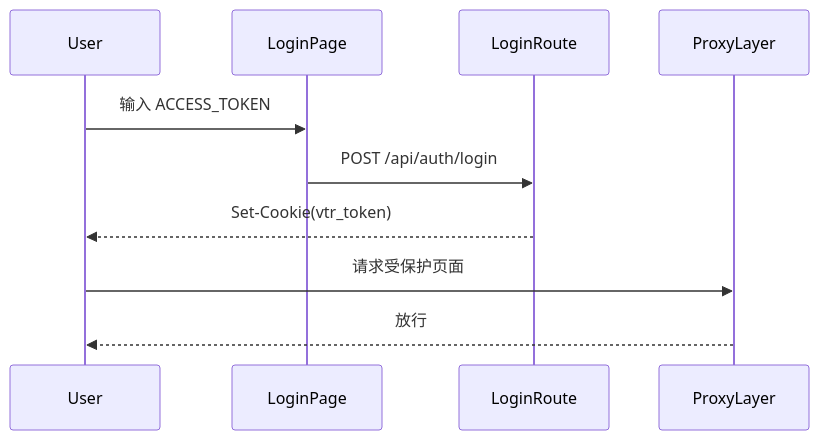
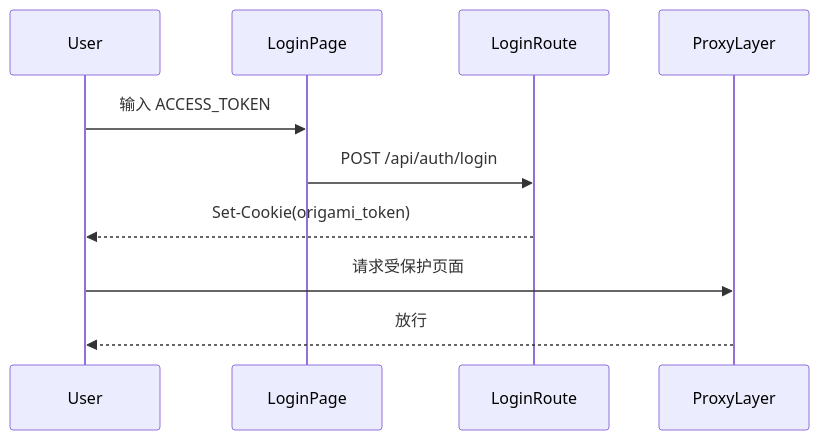
One commit to theLucius7/Origami changed the second of 3 diagrams in docs/ARCHITECTURE.md. Above: the diagram before and after it, drawn with Mermaid. The commit also changed other lines of this file and 8 other files, not shown here.

````diff
--- a/docs/ARCHITECTURE.md
+++ b/docs/ARCHITECTURE.md
@@ -105,13 +105,13 @@
 ```mermaid
 sequenceDiagram
   participant User as User
   participant LoginPage as LoginPage
   participant LoginRoute as LoginRoute
   participant ProxyLayer as ProxyLayer
 
   User->>LoginPage: 输入 ACCESS_TOKEN
   LoginPage->>LoginRoute: POST /api/auth/login
-  LoginRoute-->>User: Set-Cookie(vtr_token)
+  LoginRoute-->>User: Set-Cookie(origami_token)
   User->>ProxyLayer: 请求受保护页面
   ProxyLayer-->>User: 放行
 ```
````
